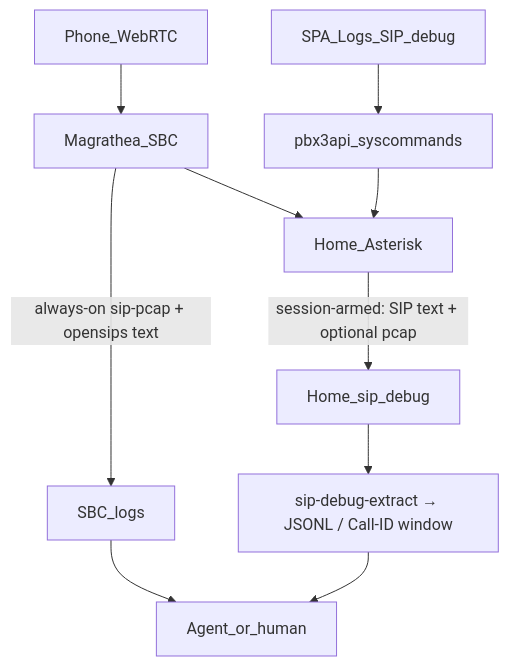
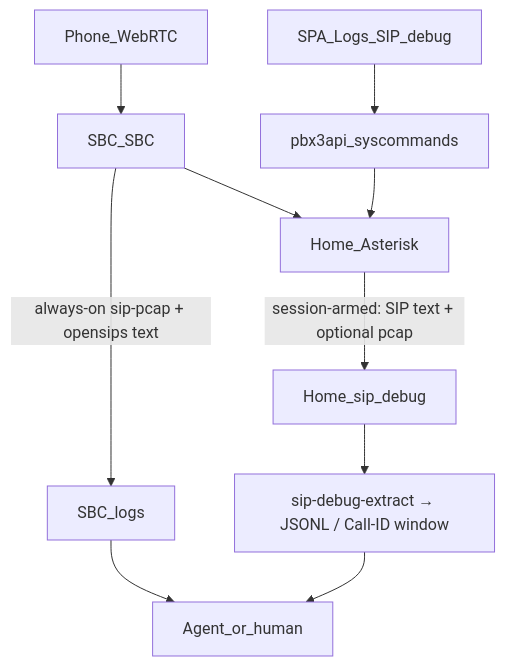
One commit to pbx3-oss/pbx3 changed the diagram in workingdocs/HOME_SIP_LOGGING_REQUIREMENTS.md. Above: the diagram before and after it, drawn with Mermaid. The commit also changed other lines of this file and 65 other files, not shown here.

First line of the commit message:
Scrub SARK/Magrathea branding and move competitive architecture docs out.

````diff
--- a/workingdocs/HOME_SIP_LOGGING_REQUIREMENTS.md
+++ b/workingdocs/HOME_SIP_LOGGING_REQUIREMENTS.md
@@ -41,12 +41,12 @@
 ```mermaid
 flowchart TB
-  phone[Phone_WebRTC] --> sbc[Magrathea_SBC]
+  phone[Phone_WebRTC] --> sbc[SBC_SBC]
   sbc -->|"always-on sip-pcap + opensips text"| sbcStore[SBC_logs]
   sbc --> home[Home_Asterisk]
   home -->|"session-armed: SIP text + optional pcap"| homeStore[Home_sip_debug]
   homeStore --> extract["sip-debug-extract → JSONL / Call-ID window"]
   extract --> agent[Agent_or_human]
   sbcStore --> agent
   spa[SPA_Logs_SIP_debug] --> api[pbx3api_syscommands]
   api --> home
 ```
````
